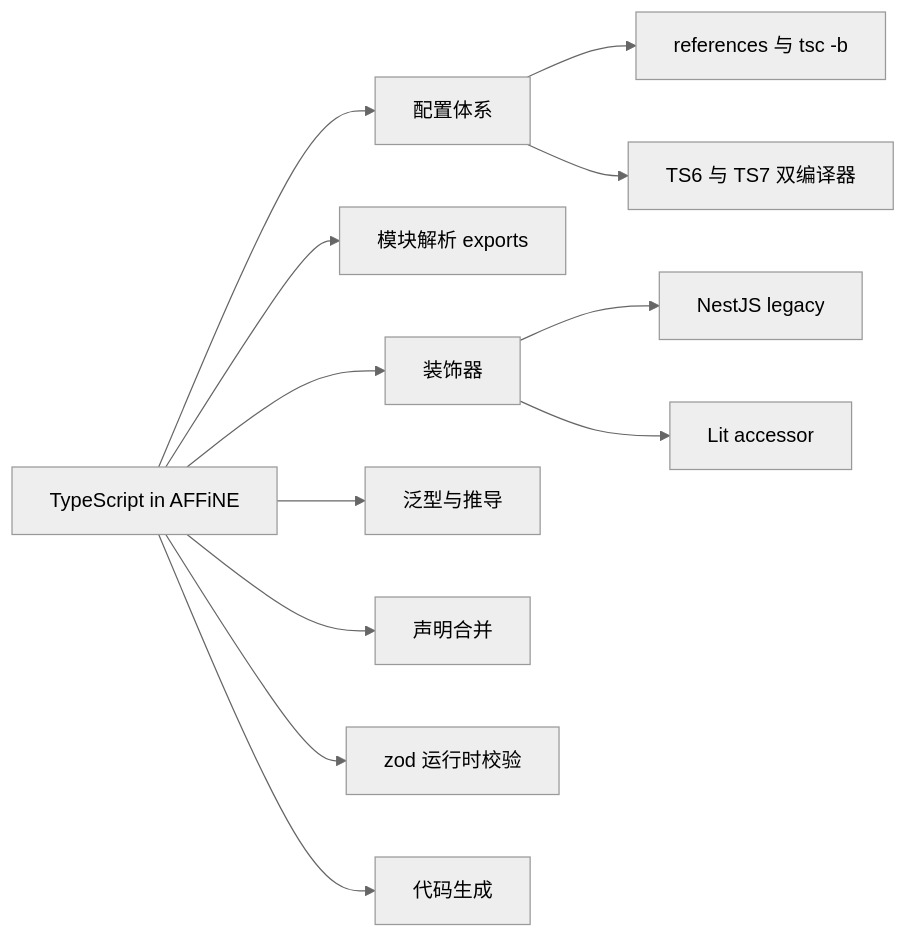
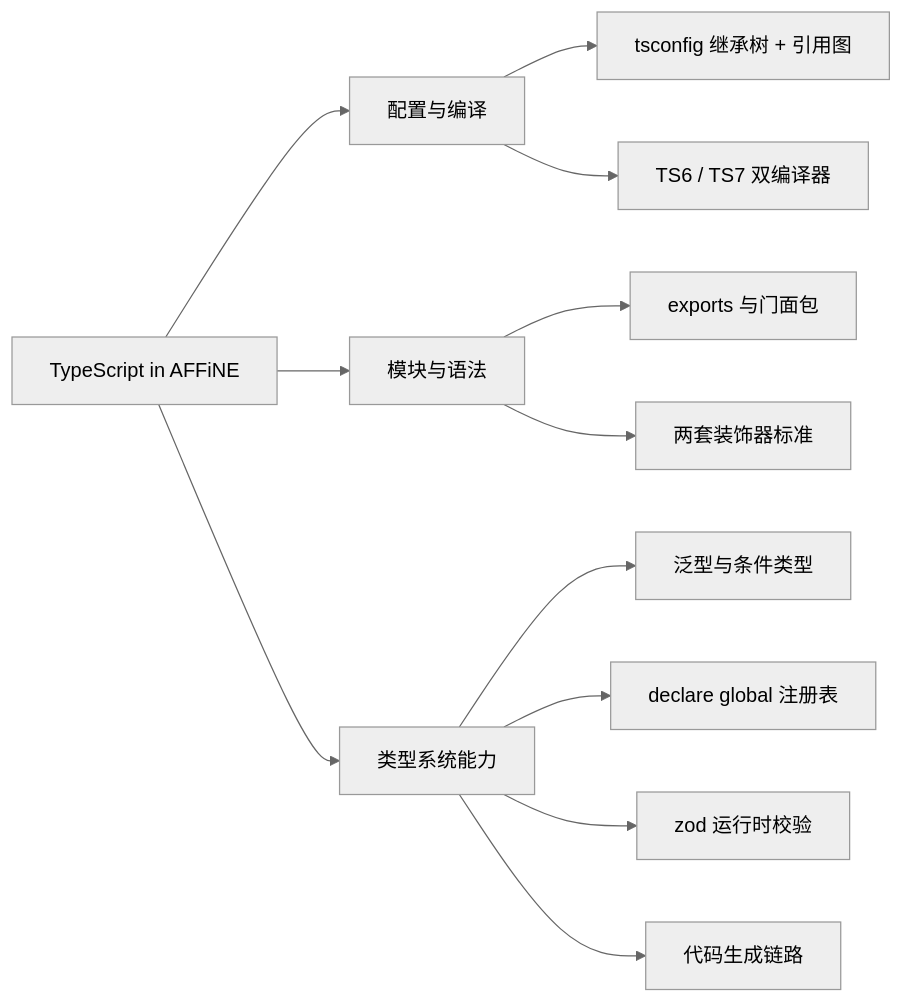
One commit to lfire/AFFiNE changed the first of 4 diagrams in learning-guide/slides/decks/05.md. Above: the diagram before and after it, drawn with Mermaid (neutral theme). The commit also changed other lines of this file and 46 other files, not shown here.

````diff
--- a/learning-guide/slides/decks/05.md
+++ b/learning-guide/slides/decks/05.md
@@ -48,14 +27,14 @@
 ```mermaid
 flowchart LR
-    ROOT["TypeScript in AFFiNE"] --> CFG[配置体系]
-    CFG --> CFG1["references 与 tsc -b"]
-    CFG --> CFG2["TS6 与 TS7 双编译器"]
-    ROOT --> MOD["模块解析 exports"]
-    ROOT --> DEC[装饰器]
-    DEC --> DEC1["NestJS legacy"]
-    DEC --> DEC2["Lit accessor"]
-    ROOT --> GEN[泛型与推导]
-    ROOT --> AUG[声明合并]
-    ROOT --> ZOD["zod 运行时校验"]
-    ROOT --> CG[代码生成]
+  ROOT["TypeScript in AFFiNE"] --> CFG["配置与编译"]
+  ROOT --> MOD["模块与语法"]
+  ROOT --> TYP["类型系统能力"]
+  CFG --> C1["tsconfig 继承树 + 引用图"]
+  CFG --> C2["TS6 / TS7 双编译器"]
+  MOD --> M1["exports 与门面包"]
+  MOD --> M2["两套装饰器标准"]
+  TYP --> T1["泛型与条件类型"]
+  TYP --> T2["declare global 注册表"]
+  TYP --> T3["zod 运行时校验"]
+  TYP --> T4["代码生成链路"]
 ```
````
